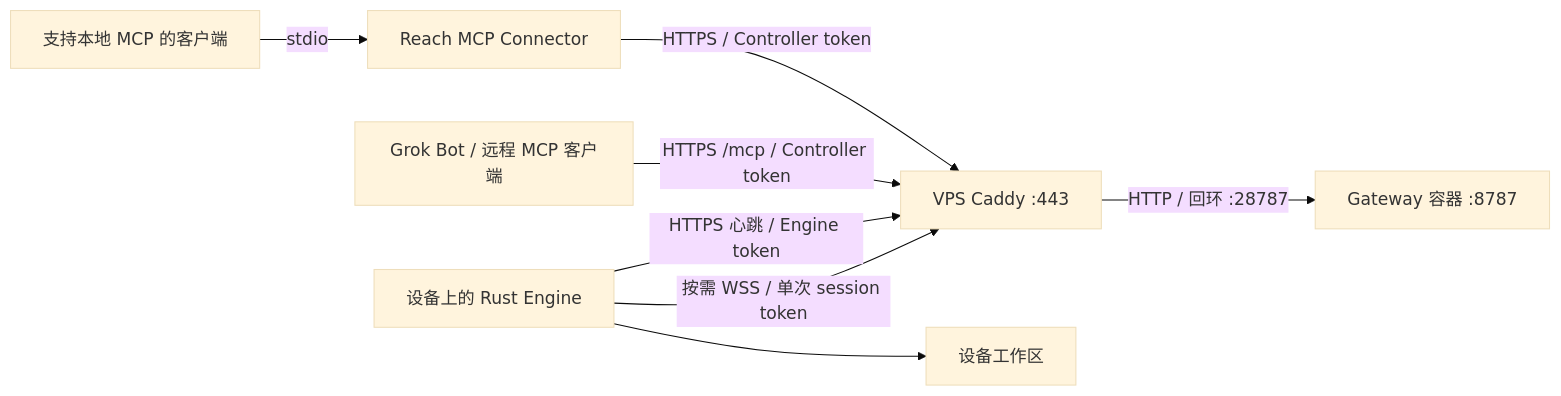
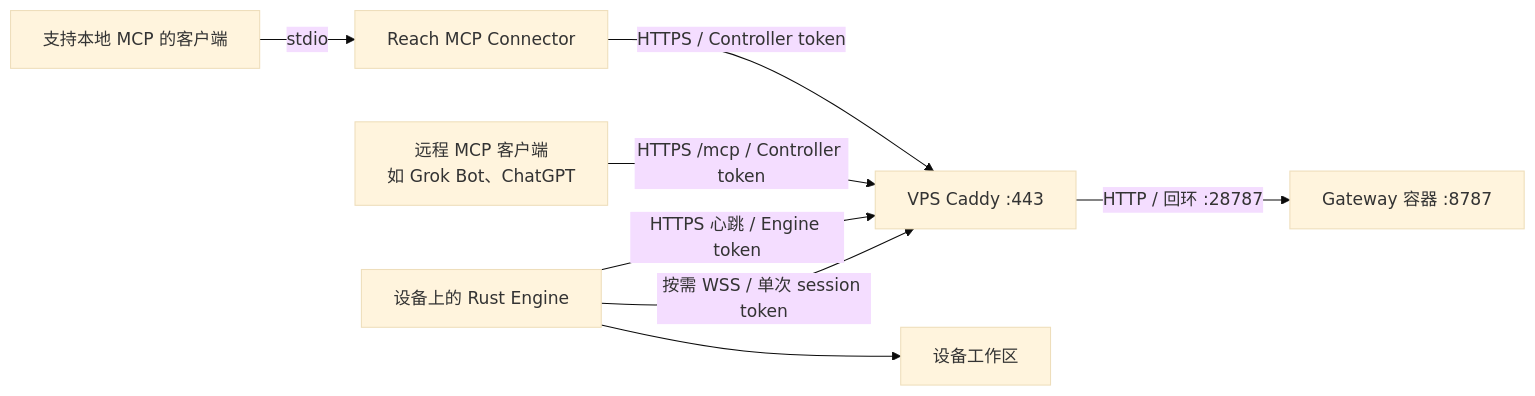
One commit to zpershuai/reach changed the diagram in docs/deploy/README.md. Above: the diagram before and after it, drawn with Mermaid (base theme). The commit also changed other lines of this file and 24 other files, not shown here.

````diff
--- a/docs/deploy/README.md
+++ b/docs/deploy/README.md
@@ -26,10 +26,10 @@
 ```mermaid
 flowchart LR
     Host[支持本地 MCP 的客户端] -->|stdio| MCP[Reach MCP Connector]
     MCP -->|HTTPS / Controller token| Caddy[VPS Caddy :443]
-    Cloud[Grok Bot / 远程 MCP 客户端] -->|HTTPS /mcp / Controller token| Caddy
+    Cloud[远程 MCP 客户端<br/>如 Grok Bot、ChatGPT] -->|HTTPS /mcp / Controller token| Caddy
     Caddy -->|HTTP / 回环 :28787| Gateway[Gateway 容器 :8787]
     Engine[设备上的 Rust Engine] -->|HTTPS 心跳 / Engine token| Caddy
     Engine -->|按需 WSS / 单次 session token| Caddy
     Engine --> Workspace[设备工作区]
 ```
````
